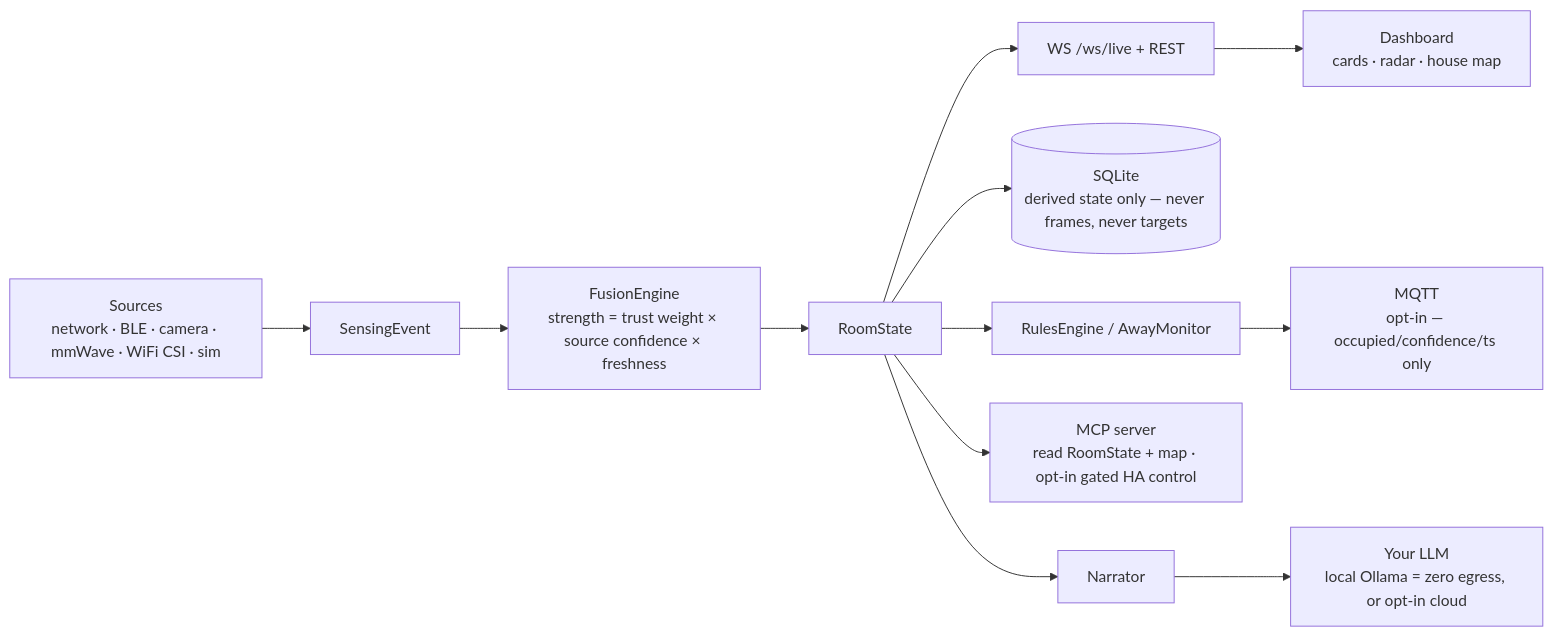
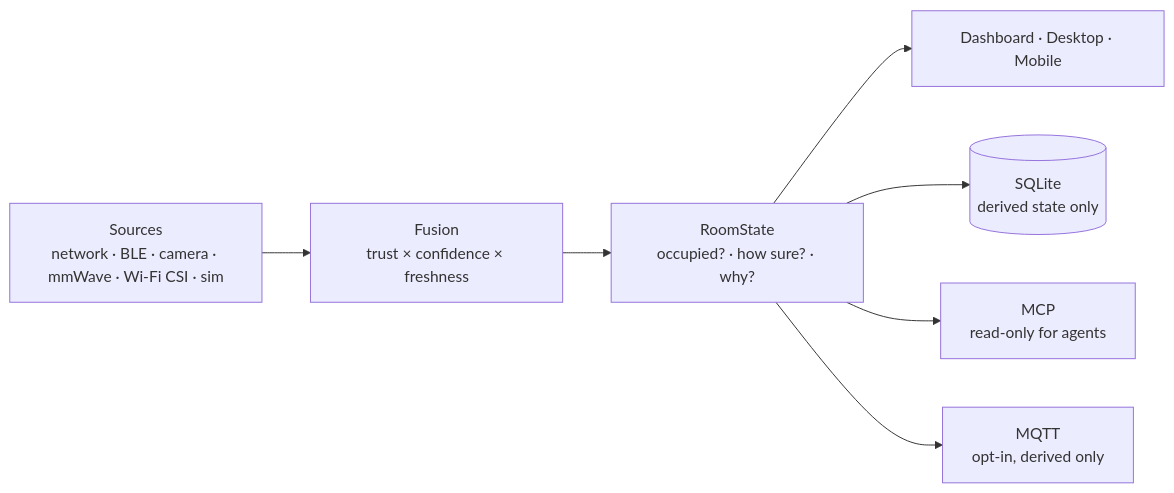
Before and after one commit to augbastos/wavr: the diagram in README.md, drawn with Mermaid. The commit also changed other lines of this file and 10 other files, not shown here.

````diff
--- a/README.md
+++ b/README.md
@@ -227,11 +113,9 @@
 ```mermaid
 flowchart LR
-    S["Sources<br/>network · BLE · camera · mmWave · WiFi CSI · sim"] --> E["SensingEvent"]
-    E --> F["FusionEngine<br/>strength = trust weight × source confidence × freshness"]
-    F --> R["RoomState"]
-    R --> WS["WS /ws/live + REST"] --> D["Dashboard<br/>cards · radar · house map"]
-    R --> DB[("SQLite<br/>derived state only — never frames, never targets")]
-    R --> RA["RulesEngine / AwayMonitor"] --> MQ["MQTT<br/>opt-in — occupied/confidence/ts only"]
-    R --> M["MCP server<br/>read RoomState + map · opt-in gated HA control"]
-    R --> N["Narrator"] --> LLM["Your LLM<br/>local Ollama = zero egress, or opt-in cloud"]
+    S["Sources<br/>network · BLE · camera · mmWave · Wi-Fi CSI · sim"] --> F["Fusion<br/>trust × confidence × freshness"]
+    F --> R["RoomState<br/>occupied? · how sure? · why?"]
+    R --> D["Dashboard · Desktop · Mobile"]
+    R --> DB[("SQLite<br/>derived state only")]
+    R --> M["MCP<br/>read-only for agents"]
+    R --> MQ["MQTT<br/>opt-in, derived only"]
 ```
````
